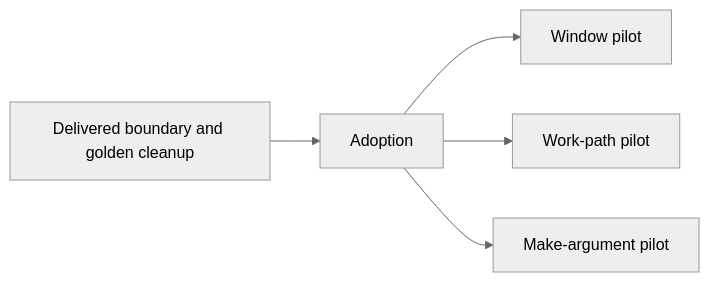
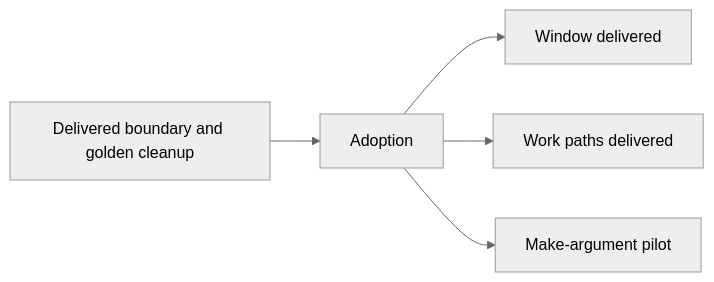
Before and after one commit to msitarz/ataraxia: the diagram in doc/feat/testing-conformance/hypothesis/README.md, drawn with Mermaid (neutral theme). The commit also changed other lines of this file and 1 other file, not shown here.

Commit message:
docs: close Work path delivery

````diff
--- a/doc/feat/testing-conformance/hypothesis/README.md
+++ b/doc/feat/testing-conformance/hypothesis/README.md
@@ -17,7 +17,7 @@
 ```mermaid
 flowchart LR
     C[Delivered boundary and golden cleanup] --> A[Adoption]
-    A --> W[Window pilot]
-    A --> P[Work-path pilot]
+    A --> W[Window delivered]
+    A --> P[Work paths delivered]
     A --> M[Make-argument pilot]
 ```
````
